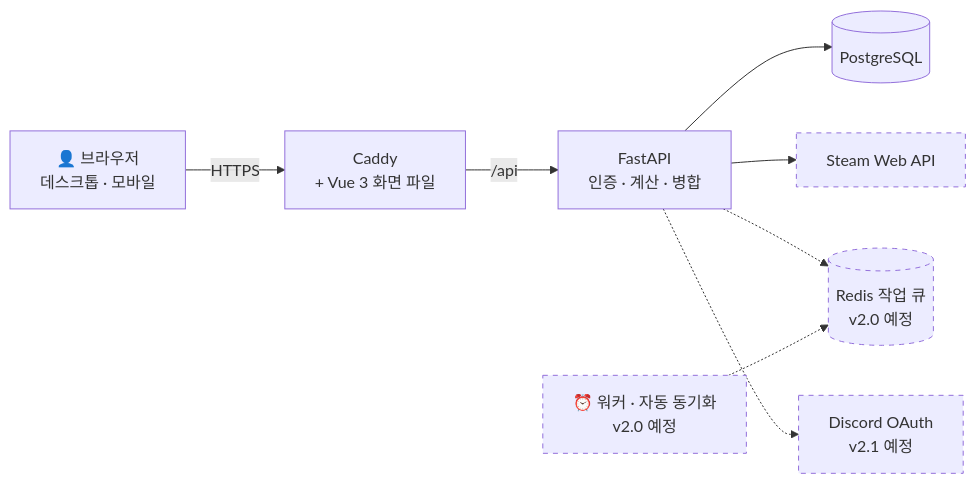
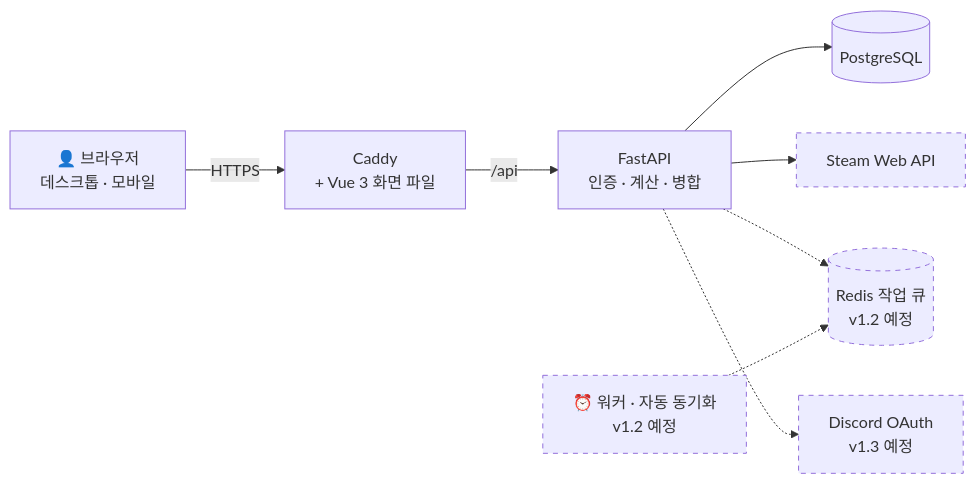
One commit to sagming40/PlayLedger changed the second of 3 diagrams in README.md. Above: the diagram before and after it, drawn with Mermaid. The commit also changed other lines of this file and 18 other files, not shown here.

````diff
--- a/README.md
+++ b/README.md
@@ -100,13 +100,13 @@
 ```mermaid
 flowchart LR
     User["👤 브라우저<br/>데스크톱 · 모바일"] -->|"HTTPS"| Caddy["Caddy<br/>+ Vue 3 화면 파일"]
     Caddy -->|"/api"| API["FastAPI<br/>인증 · 계산 · 병합"]
     API --> DB[("PostgreSQL")]
     API --> Steam["Steam Web API"]
-    API -.-> Redis[("Redis 작업 큐<br/>v2.0 예정")]
-    Worker["⏰ 워커 · 자동 동기화<br/>v2.0 예정"] -.-> Redis
-    API -.-> Discord["Discord OAuth<br/>v2.1 예정"]
+    API -.-> Redis[("Redis 작업 큐<br/>v1.2 예정")]
+    Worker["⏰ 워커 · 자동 동기화<br/>v1.2 예정"] -.-> Redis
+    API -.-> Discord["Discord OAuth<br/>v1.3 예정"]
 
     classDef ext stroke-dasharray: 5 5
     class Steam,Discord,Redis,Worker ext
 ```
````
